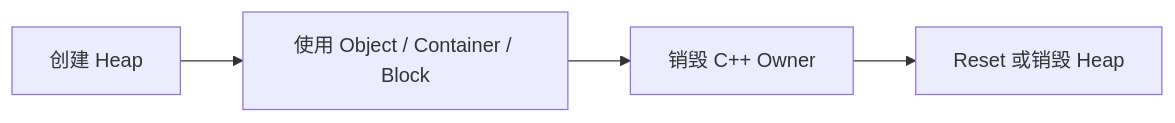
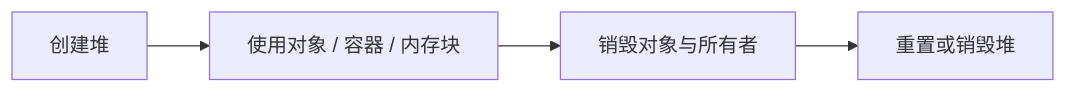
One commit to dugan-dev/UniMemory changed the diagram in docs/guides/heap.zh-CN.md. Above: the diagram before and after it, drawn with Mermaid. The commit also changed other lines of this file and 44 other files, not shown here.

````diff
--- a/docs/guides/heap.zh-CN.md
+++ b/docs/guides/heap.zh-CN.md
@@ -38,6 +28,6 @@
 ```mermaid
 flowchart LR
-    A[创建 Heap] --> B[使用 Object / Container / Block]
-    B --> C[销毁 C++ Owner]
-    C --> D[Reset 或销毁 Heap]
+    A[创建堆] --> B[使用对象 / 容器 / 内存块]
+    B --> C[销毁对象与所有者]
+    C --> D[重置或销毁堆]
 ```
````
